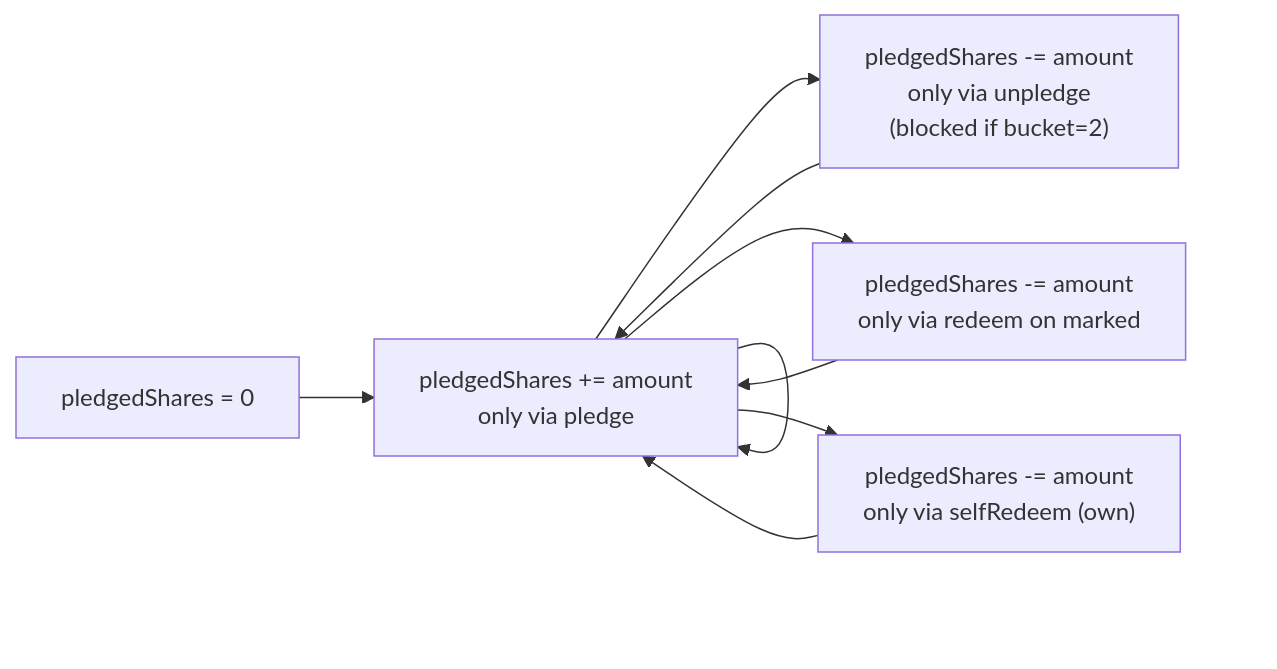
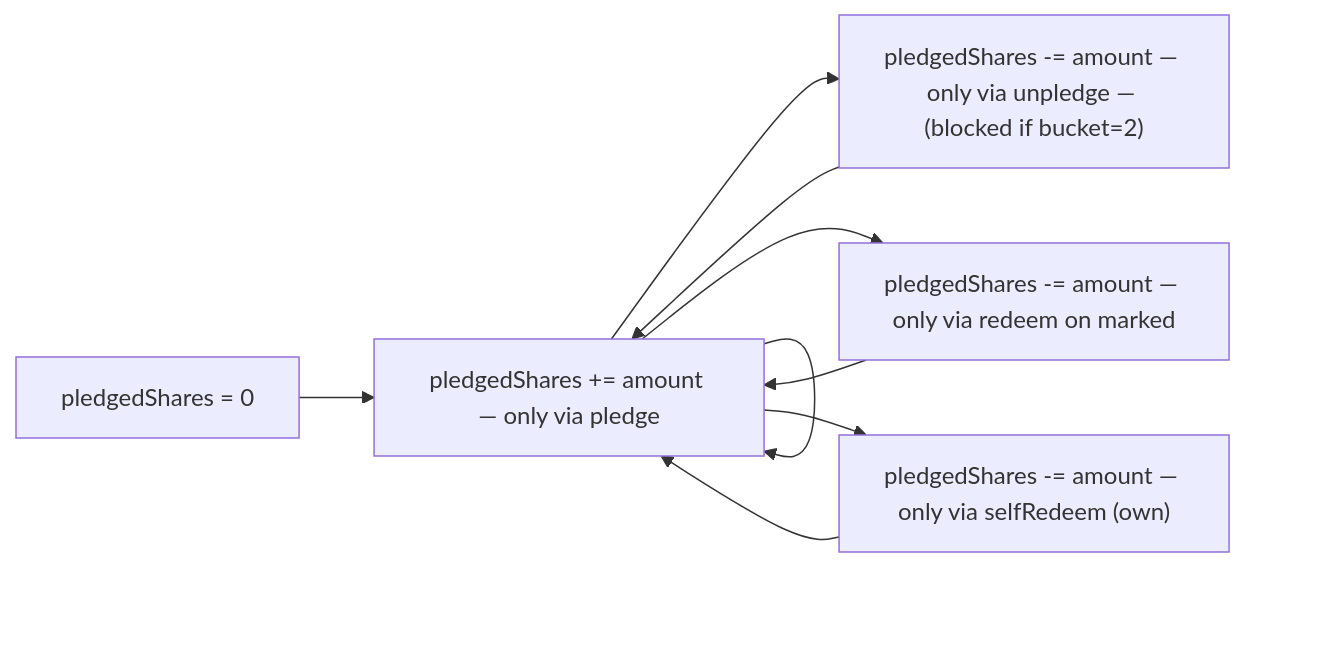
One commit to sanbir/vault-steth-adapter changed diagram 20 of 24 in docs/Architecture.md. Above: the diagram before and after it, drawn with Mermaid. The commit also changed other lines of this file and 1 other file, not shown here.

First line of the commit message:
docs: fix Mermaid <br/> rendering errors in Architecture.md and Liquidation-guarantees.md

````diff
--- a/docs/Architecture.md
+++ b/docs/Architecture.md
@@ -729,17 +729,17 @@
 ```mermaid
 flowchart LR
     Init["pledgedShares = 0"]
-    AfterPledge["pledgedShares += amount<br/>only via pledge"]
-    AfterUnpledge["pledgedShares -= amount<br/>only via unpledge<br/>(blocked if bucket=2)"]
-    AfterRedeem["pledgedShares -= amount<br/>only via redeem on marked"]
-    AfterSelfRedeem["pledgedShares -= amount<br/>only via selfRedeem (own)"]
+    AfterPledge["pledgedShares += amount — only via pledge"]
+    AfterUnpledge["pledgedShares -= amount — only via unpledge — (blocked if bucket=2)"]
+    AfterRedeem["pledgedShares -= amount — only via redeem on marked"]
+    AfterSelfRedeem["pledgedShares -= amount — only via selfRedeem (own)"]
 
     Init --> AfterPledge
     AfterPledge --> AfterPledge
     AfterPledge --> AfterUnpledge
     AfterPledge --> AfterRedeem
     AfterPledge --> AfterSelfRedeem
     AfterUnpledge --> AfterPledge
     AfterRedeem --> AfterPledge
     AfterSelfRedeem --> AfterPledge
 ```
````
